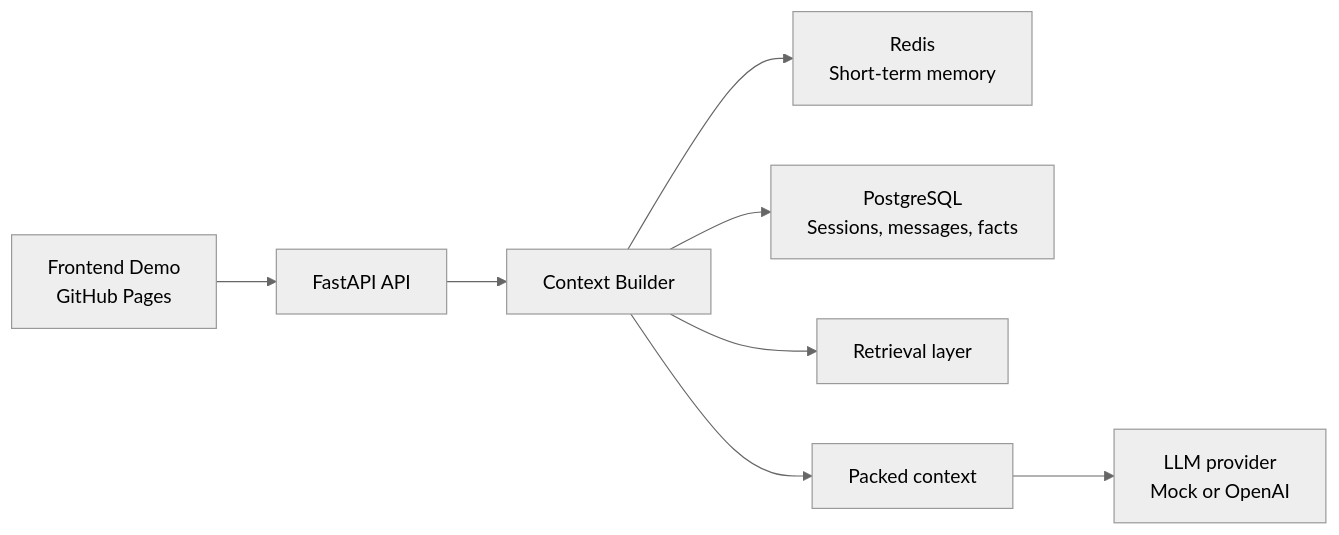
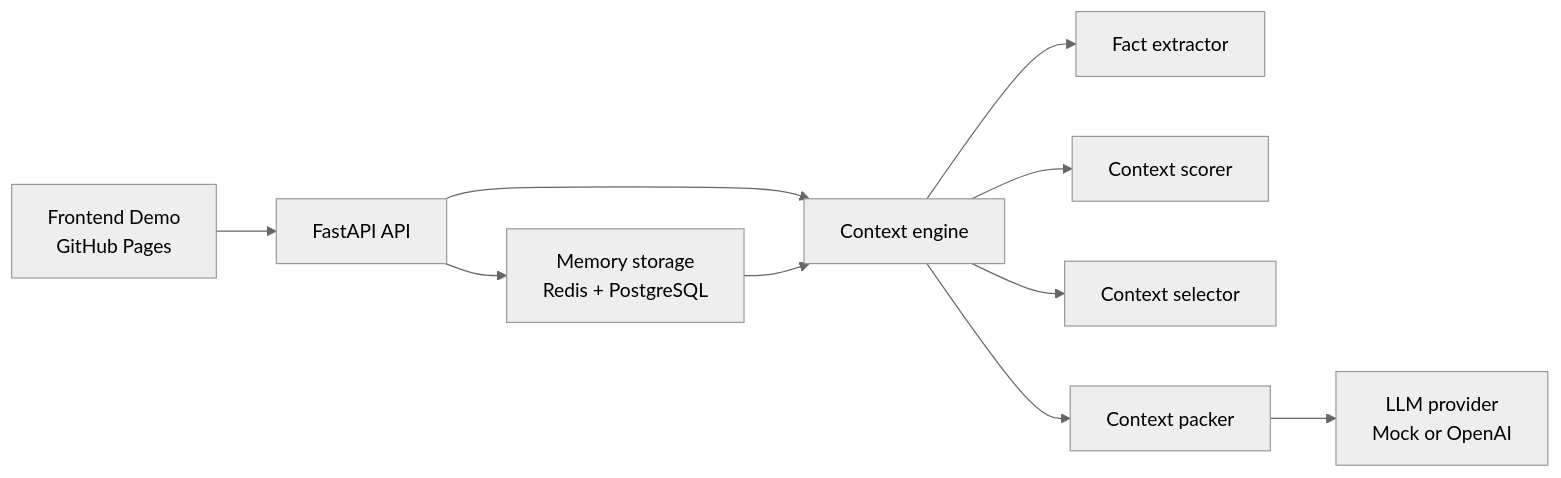
One commit to TheEseg/context-weave changed the diagram in README.md. Above: the diagram before and after it, drawn with Mermaid (neutral theme). The commit also changed other lines of this file and 17 other files, not shown here.

Commit message:
Refactor architecture to separate memory storage and context engine

````diff
--- a/README.md
+++ b/README.md
@@ -71,10 +71,12 @@
 ```mermaid
 flowchart LR
     A["Frontend Demo<br/>GitHub Pages"] --> B["FastAPI API"]
-    B --> C["Context Builder"]
-    C --> D["Redis<br/>Short-term memory"]
-    C --> E["PostgreSQL<br/>Sessions, messages, facts"]
-    C --> F["Retrieval layer"]
-    C --> G["Packed context"]
-    G --> H["LLM provider<br/>Mock or OpenAI"]
+    B --> C["Memory storage<br/>Redis + PostgreSQL"]
+    B --> D["Context engine"]
+    D --> E["Fact extractor"]
+    D --> F["Context scorer"]
+    D --> G["Context selector"]
+    D --> H["Context packer"]
+    C --> D
+    H --> I["LLM provider<br/>Mock or OpenAI"]
 ```
````
